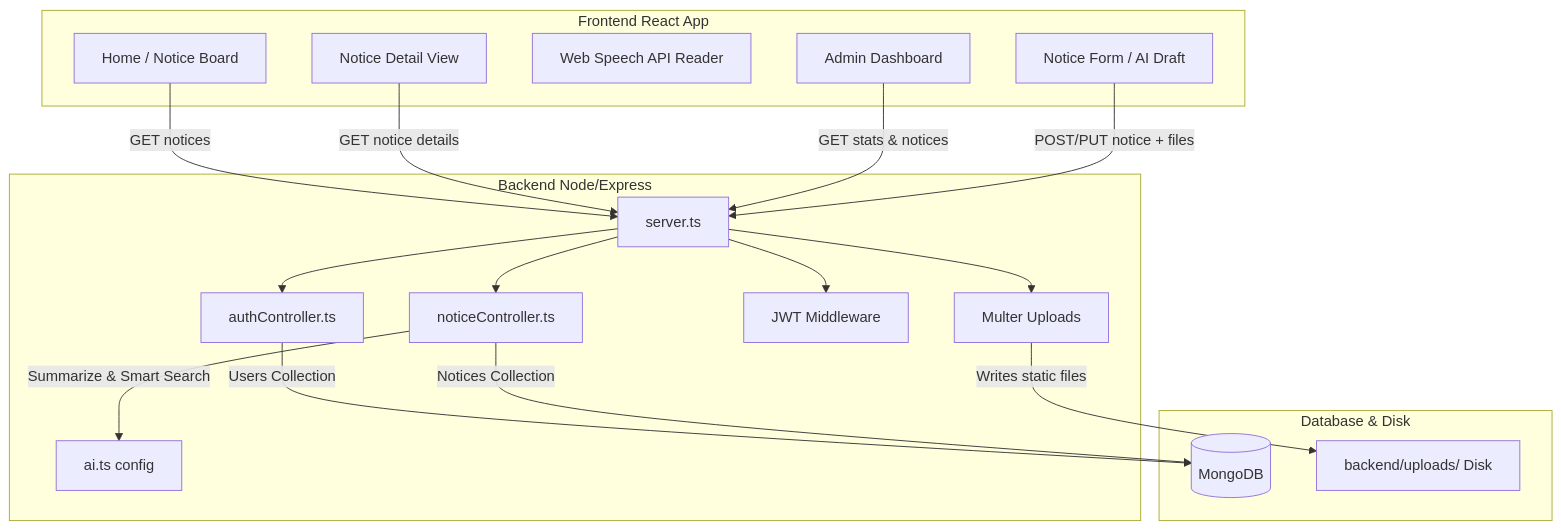
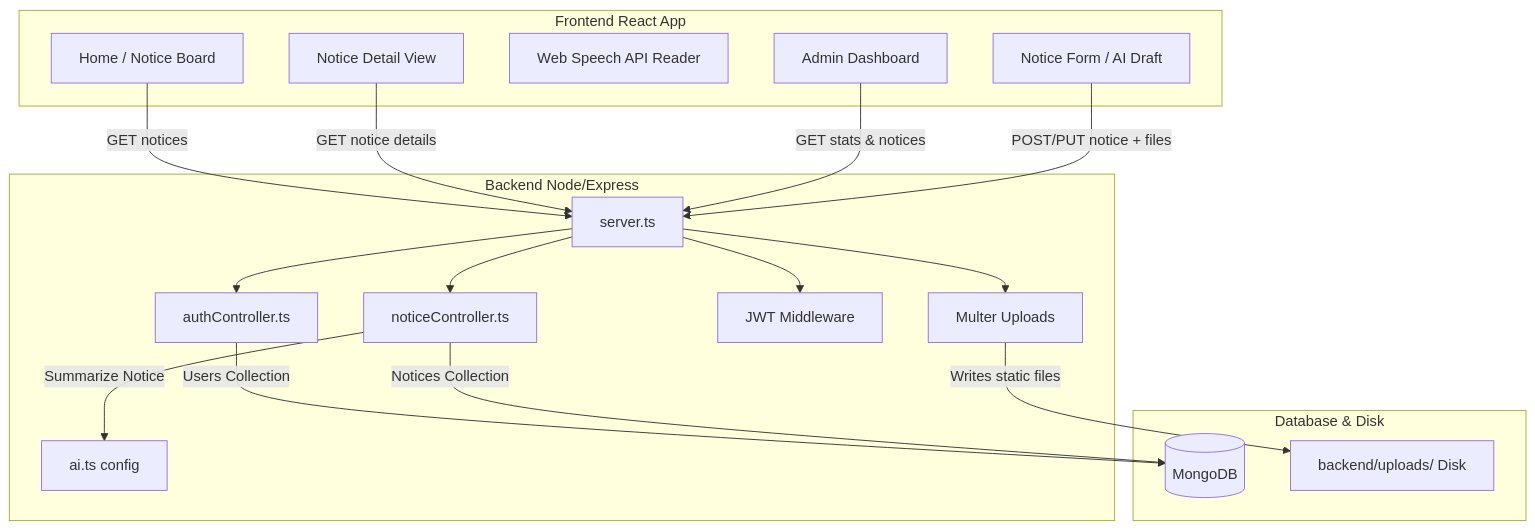
Before and after one commit to dheekshakannan/Digital-Noticeboard: the diagram in README.md, drawn with Mermaid. The commit also changed other lines of this file and 1 other file, not shown here.

Commit message:
Remove Smart AI Search option and update README

````diff
--- a/README.md
+++ b/README.md
@@ -15,39 +15,39 @@
 ```mermaid
 graph TD
     subgraph Client [Frontend React App]
         Home[Home / Notice Board]
         Detail[Notice Detail View]
         VoiceReader[Web Speech API Reader]
         Dashboard[Admin Dashboard]
         NoticeForm[Notice Form / AI Draft]
     end
 
     subgraph Server [Backend Node/Express]
         ServerEntry[server.ts]
         AuthCtrl[authController.ts]
         NoticeCtrl[noticeController.ts]
         AuthMW[JWT Middleware]
         UploadMW[Multer Uploads]
         Gemini[ai.ts config]
     end
 
     subgraph DB [Database & Disk]
         Mongo[(MongoDB)]
         UploadsDir[backend/uploads/ Disk]
     end
 
     Home -->|GET notices| ServerEntry
     Detail -->|GET notice details| ServerEntry
     Dashboard -->|GET stats & notices| ServerEntry
     NoticeForm -->|POST/PUT notice + files| ServerEntry
     
     ServerEntry --> AuthMW
     ServerEntry --> UploadMW
     ServerEntry --> AuthCtrl
     ServerEntry --> NoticeCtrl
-    NoticeCtrl -->|Summarize & Smart Search| Gemini
+    NoticeCtrl -->|Summarize Notice| Gemini
     
     AuthCtrl -->|Users Collection| Mongo
     NoticeCtrl -->|Notices Collection| Mongo
     UploadMW -->|Writes static files| UploadsDir
 ```
````
